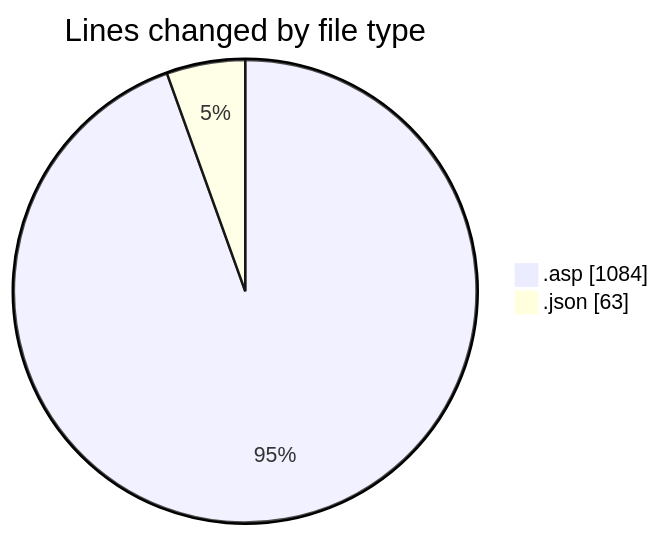
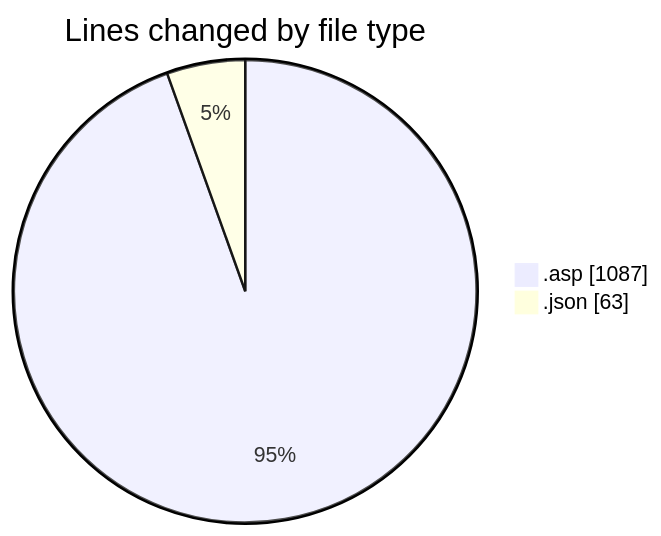
The first of 2 diagrams in 2025-10-20/usr_aleoudev_fr__workspace_/README.md (julien-gomy/code-tracking), drawn with Mermaid before and after one commit. The commit also changed other lines of this file and 1 other file, not shown here.

````diff
--- a/2025-10-20/usr_aleoudev_fr__workspace_/README.md
+++ b/2025-10-20/usr_aleoudev_fr__workspace_/README.md
@@ -23,6 +23,6 @@
 ```mermaid
 pie showData
 title Lines changed by file type
-".asp" : 1084
+".asp" : 1087
 ".json" : 63
 ```
````
